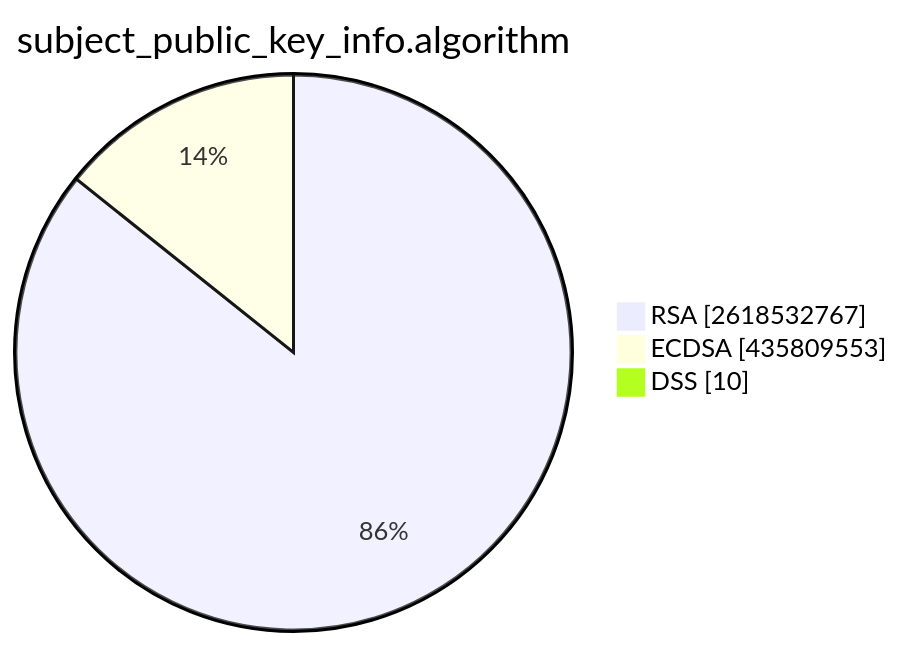
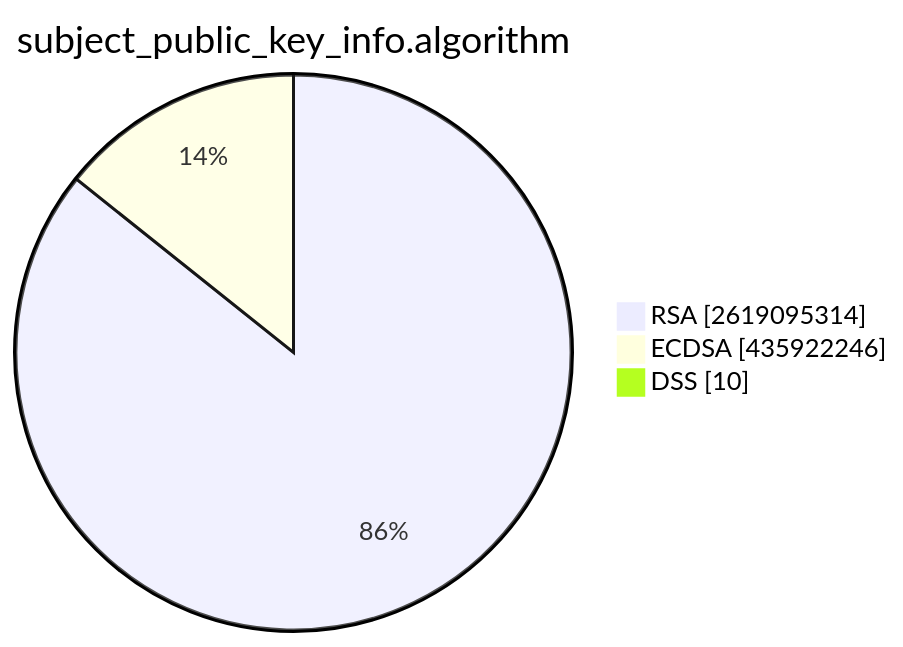
Before and after one commit to christiankrug/ctmonitor_visualization: the second of 15 diagrams in TOTAL/README.md, drawn with Mermaid. The commit also changed other lines of this file, not shown here.

````diff
--- a/TOTAL/README.md
+++ b/TOTAL/README.md
@@ -6,7 +6,7 @@
 ```mermaid
 pie showData
 title subject_public_key_info.algorithm
-"RSA" :2618532767
-"ECDSA" :435809553
+"RSA" :2619095314
+"ECDSA" :435922246
 "DSS" :10
 ```
````
